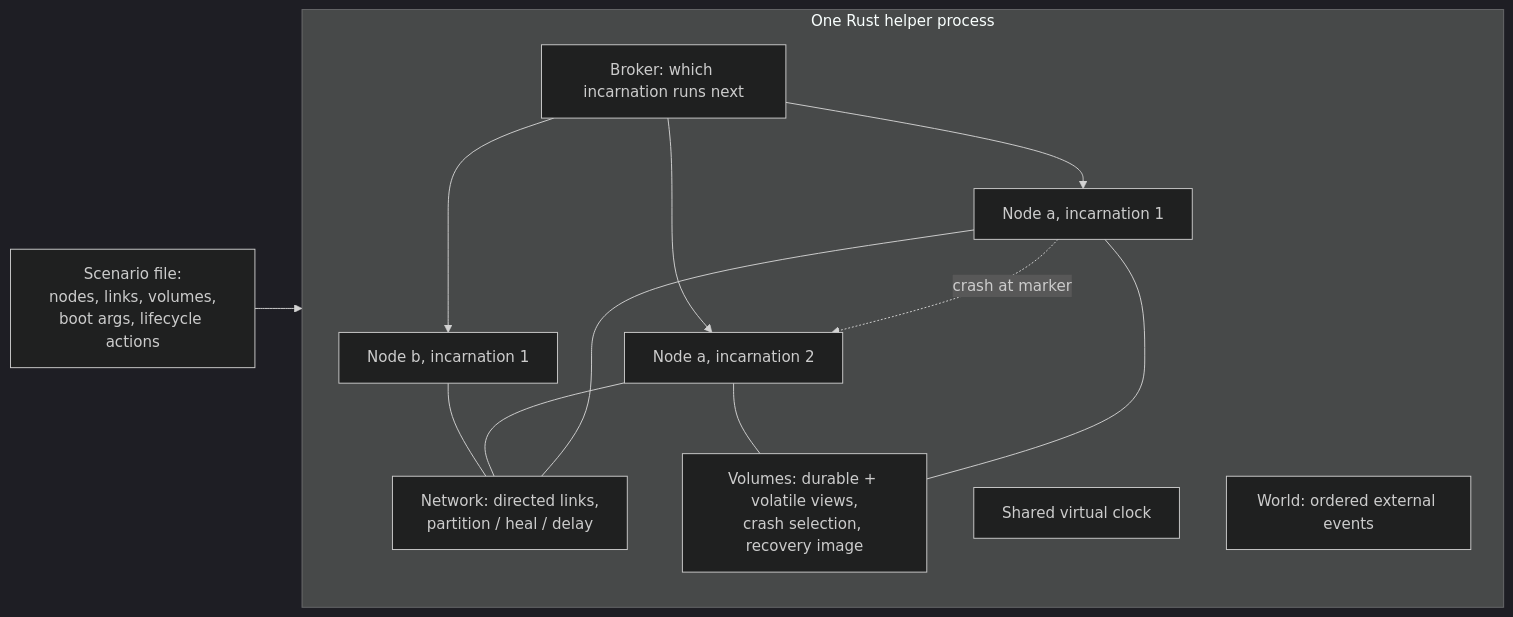
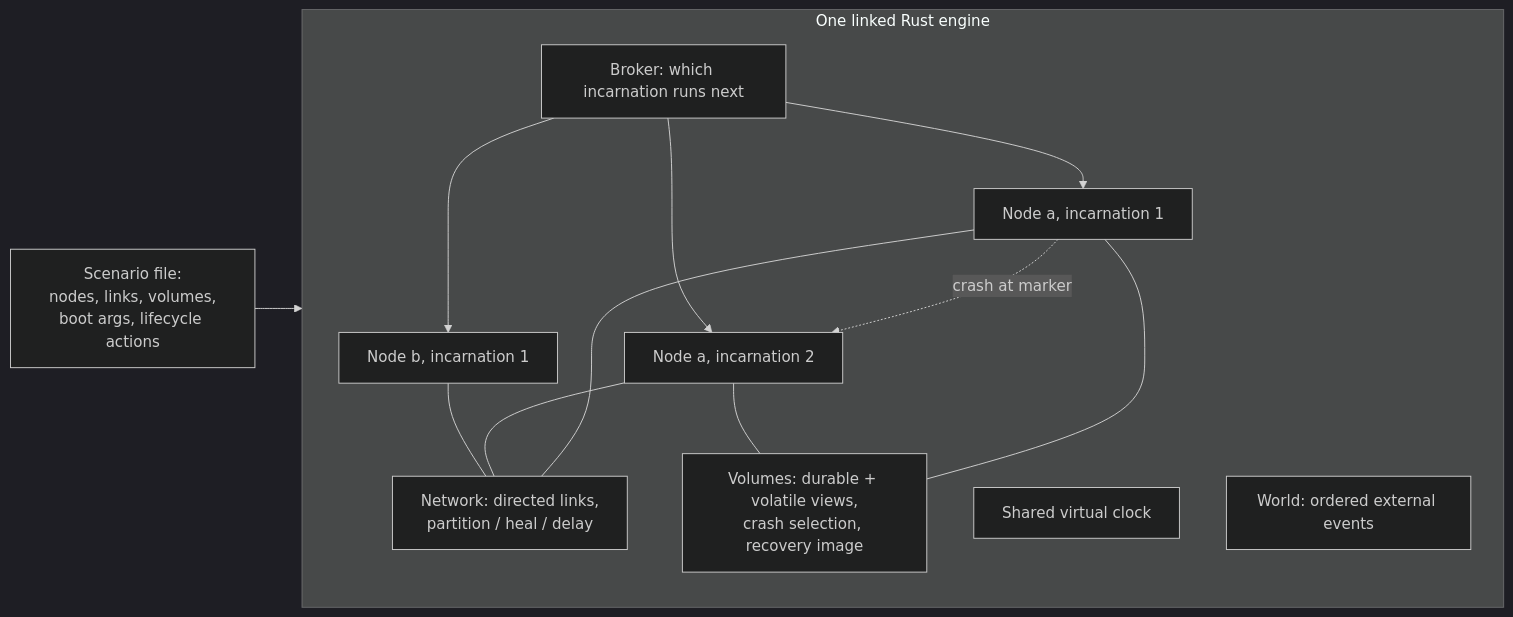
One commit to stephanos/temporal changed the fifth of 7 diagrams in tools/gomad/ARCHITECTURE.md. Above: the diagram before and after it, drawn with Mermaid (dark theme). The commit also changed other lines of this file and 8 other files, not shown here.

````diff
--- a/tools/gomad/ARCHITECTURE.md
+++ b/tools/gomad/ARCHITECTURE.md
@@ -252,18 +244,18 @@
 ```mermaid
 flowchart LR
     scenario[Scenario file:<br/>nodes, links, volumes,<br/>boot args, lifecycle actions] --> Helper
-    subgraph Helper["One Rust helper process"]
+    subgraph Helper["One linked Rust engine"]
         broker[Broker: which incarnation runs next]
         clock[Shared virtual clock]
         world[World: ordered external events]
         netm[Network: directed links,<br/>partition / heal / delay]
         vol[Volumes: durable + volatile views,<br/>crash selection, recovery image]
         a1[Node a, incarnation 1]
         a2[Node a, incarnation 2]
         b1[Node b, incarnation 1]
     end
     a1 -. crash at marker .-> a2
     a1 & a2 & b1 --- netm
     a1 & a2 --- vol
     broker --> a1 & a2 & b1
 ```
````
